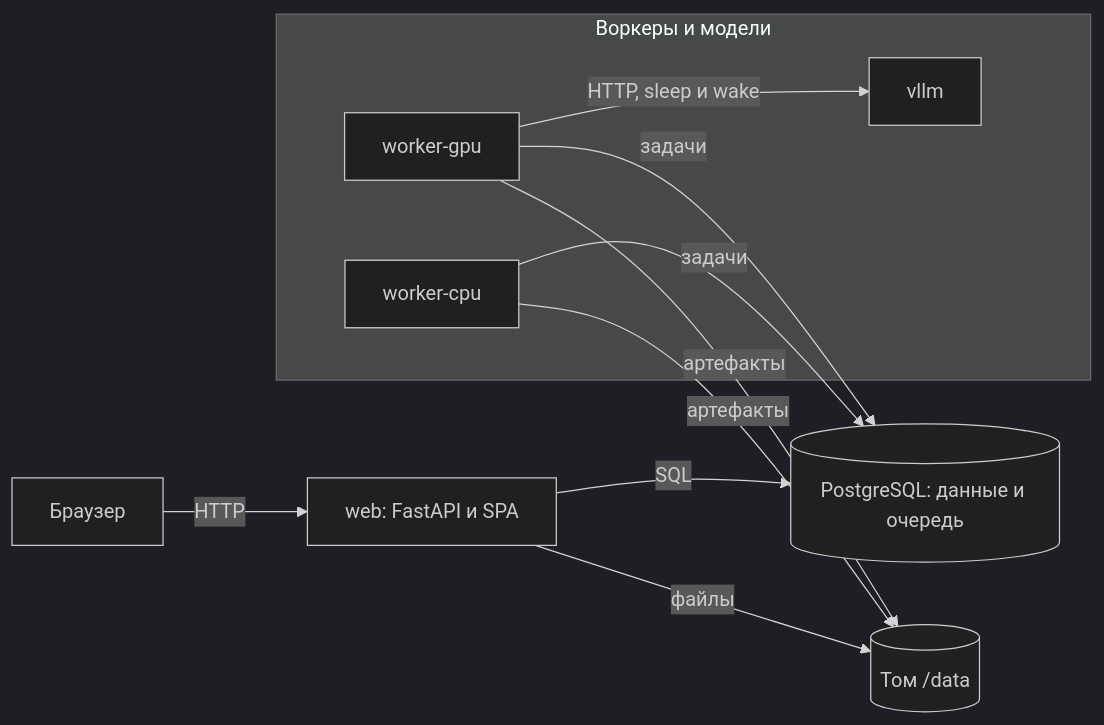
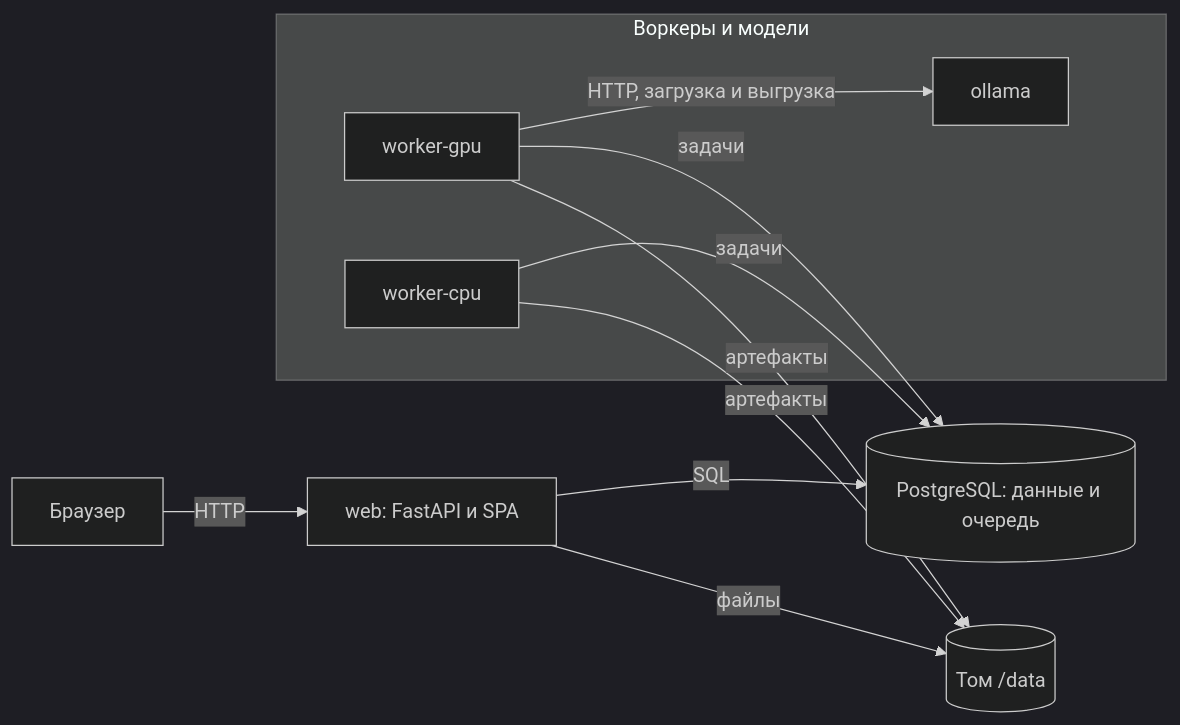
One commit to B4rb4r1s/Rapporteur changed the fourth of 4 diagrams in docs/spec.md. Above: the diagram before and after it, drawn with Mermaid (dark theme). The commit also changed other lines of this file and 6 other files, not shown here.

````diff
--- a/docs/spec.md
+++ b/docs/spec.md
@@ -498,16 +498,16 @@
 ```mermaid
 flowchart LR
   BR["Браузер"] -->|HTTP| WEB["web: FastAPI и SPA"]
   WEB -->|SQL| DB[("PostgreSQL: данные и очередь")]
   WEB -->|файлы| VOL[("Том /data")]
   subgraph W["Воркеры и модели"]
     CPU["worker-cpu"]
     GPU["worker-gpu"]
-    VLLM["vllm"]
-    GPU -->|"HTTP, sleep и wake"| VLLM
+    OLLAMA["ollama"]
+    GPU -->|"HTTP, загрузка и выгрузка"| OLLAMA
   end
   CPU -->|задачи| DB
   GPU -->|задачи| DB
   CPU -->|артефакты| VOL
   GPU -->|артефакты| VOL
 ```
````
